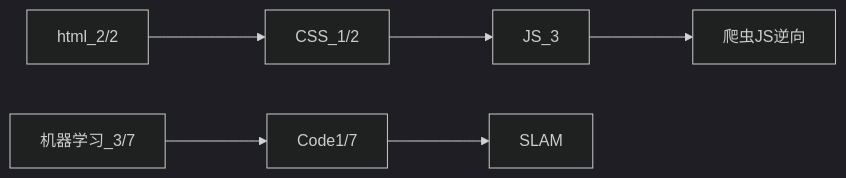
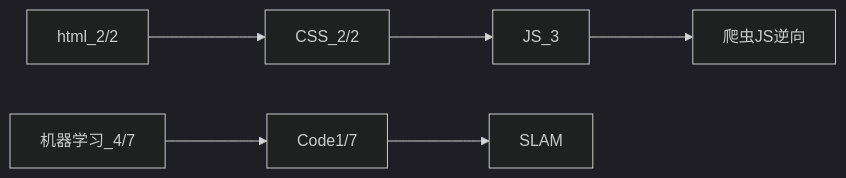
The diagram in learn.md (rek937/ALGORITHM), drawn with Mermaid (dark theme) before and after one commit. The commit also changed 3 other files, not shown here.

````diff
--- a/learn.md
+++ b/learn.md
@@ -1,5 +1,5 @@
 ```mermaid
 graph LR
-html_2/2 ---> CSS_1/2 ---> JS_3 ---> 爬虫JS逆向
-机器学习_3/7 ---> Code1/7 ---> SLAM 
+html_2/2 ---> CSS_2/2 ---> JS_3 ---> 爬虫JS逆向
+机器学习_4/7 ---> Code1/7 ---> SLAM 
 ```
````
